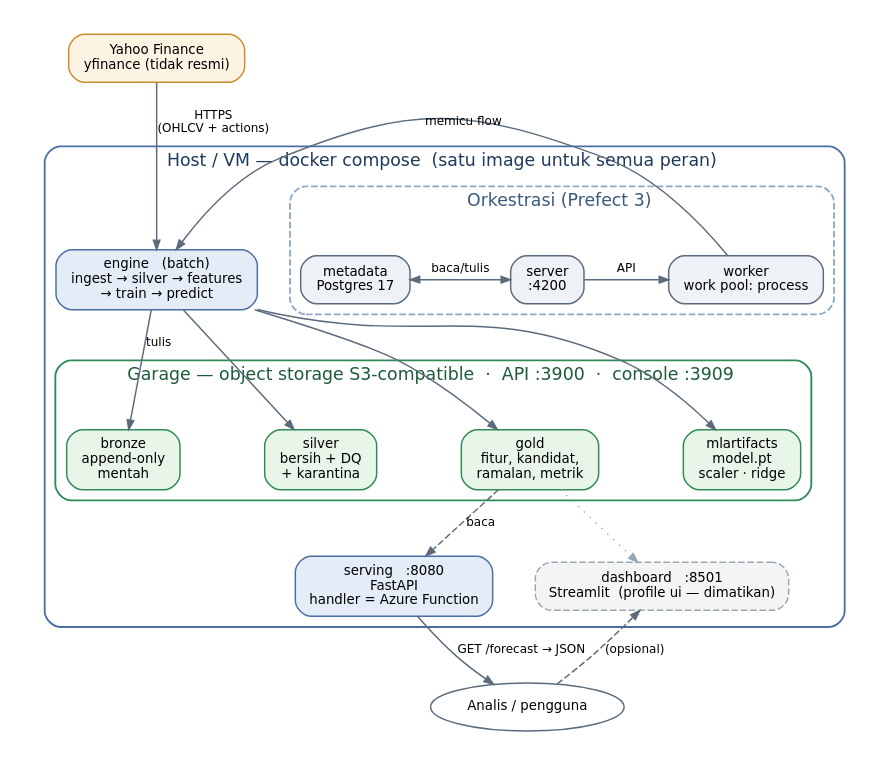
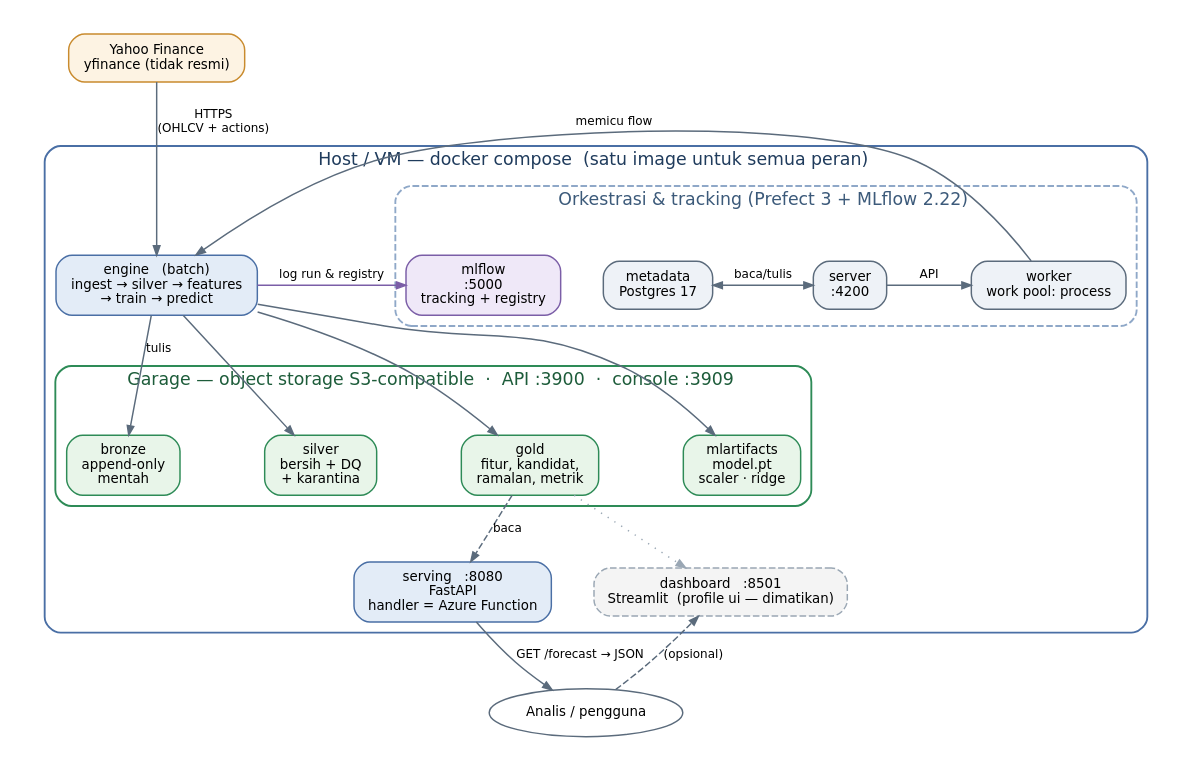
The diagram in docs/architecture.dot (ilydien/CloudTech), drawn with Graphviz before and after one commit. The commit also changed 24 other files, not shown here.

Commit message:
feat(schedule): prefect serve + panel/run_log upsert per key

```diff
--- a/docs/architecture.dot
+++ b/docs/architecture.dot
@@ -1,102 +1,104 @@
 /*
  * Arsitektur deployment IHSG Forecasting Engine (on-prem / Docker Compose).
  * Target Azure sengaja TIDAK digambar di sini - lihat tabel migrasi di README
  * agar diagram tetap terbaca.
  *
  * Render:
  *   dot -Tpng -Gdpi=110 docs/architecture.dot -o docs/architecture.png
  *   dot -Tsvg docs/architecture.dot -o docs/architecture.svg
  */
 digraph architecture {
   graph [
     rankdir=TB,
     fontname="DejaVu Sans",
     fontsize=13,
     nodesep=0.45,
     ranksep=0.55,
     compound=true,
     bgcolor="white",
     pad="0.25",
   ];
   node [
     shape=box,
     style="rounded,filled",
     fontname="DejaVu Sans",
     fontsize=10,
     fillcolor="#eef2f7",
     color="#5b6b7c",
     penwidth=1.1,
     margin="0.16,0.09"
   ];
   edge [
     fontname="DejaVu Sans",
     fontsize=9,
     color="#5b6b7c",
     arrowsize=0.7,
     penwidth=1.1
   ];
 
   /* ---------------- eksternal ---------------- */
   yahoo [label="Yahoo Finance\nyfinance (tidak resmi)", fillcolor="#fdf3e3", color="#c98b2e"];
 
   /* ---------------- host ---------------- */
   subgraph cluster_host {
     label="  Host / VM — docker compose  (satu image untuk semua peran)  ";
     style="rounded";
     color="#4a6fa5";
     fontcolor="#1f3b5c";
     penwidth=1.4;
 
     engine [label="engine   (batch)\ningest → silver → features\n→ train → predict", fillcolor="#e3ecf7", color="#4a6fa5"];
 
     subgraph cluster_store {
       label="  Garage — object storage S3-compatible  ·  API :3900  ·  console :3909  ";
       style="rounded";
       color="#2e8b57";
       fontcolor="#1d5c3a";
 
       b_bronze [label="bronze\nappend-only\nmentah", fillcolor="#e8f5e9", color="#2e8b57"];
       b_silver [label="silver\nbersih + DQ\n+ karantina", fillcolor="#e8f5e9", color="#2e8b57"];
       b_gold   [label="gold\nfitur, kandidat,\nramalan, metrik", fillcolor="#e8f5e9", color="#2e8b57"];
       b_art    [label="mlartifacts\nmodel.pt\nscaler · ridge", fillcolor="#e8f5e9", color="#2e8b57"];
 
       /* satu baris, urut mengikuti alur medallion */
       { rank=same; b_bronze; b_silver; b_gold; b_art; }
       b_bronze -> b_silver [style=invis];
       b_silver -> b_gold   [style=invis];
       b_gold   -> b_art    [style=invis];
     }
 
     serving [label="serving   :8080\nFastAPI\nhandler = Azure Function", fillcolor="#e3ecf7", color="#4a6fa5"];
     dash [label="dashboard   :8501\nStreamlit  (profile ui — dimatikan)", style="rounded,filled,dashed", fillcolor="#f4f4f4", color="#9aa7b4"];
 
     subgraph cluster_orch {
-      label="  Orkestrasi (Prefect 3)  ";
+      label="  Orkestrasi & tracking (Prefect 3 + MLflow 2.22)  ";
       style="rounded,dashed";
       color="#8fa8c8";
       fontcolor="#3c5a7a";
 
       pw   [label="worker\nwork pool: process"];
       psrv [label="server\n:4200"];
       pg   [label="metadata\nPostgres 17"];
+      mlf  [label="mlflow\n:5000\ntracking + registry", fillcolor="#efe8f8", color="#7b5ea7"];
     }
   }
 
   user [label="Analis / pengguna", shape=oval, fillcolor="#ffffff"];
 
   /* ---------------- aliran ---------------- */
   yahoo -> engine [label="HTTPS\n(OHLCV + actions)"];
   pw -> engine [label="memicu flow", constraint=false];
+  engine -> mlf [label="log run & registry", constraint=false, color="#7b5ea7"];
   psrv -> pg [dir=both, label="baca/tulis", constraint=false];
   pw -> psrv [dir=back, label="API", constraint=false];
 
   engine -> b_bronze [label="tulis"];
   engine -> b_silver;
   engine -> b_gold;
   engine -> b_art;
 
   b_gold -> serving [label="baca", style=dashed];
   serving -> user [label="GET /forecast → JSON"];
   user -> dash [style=dashed, label="(opsional)"];
   b_gold -> dash [style=dotted, color="#9aa7b4"];
 }
```
